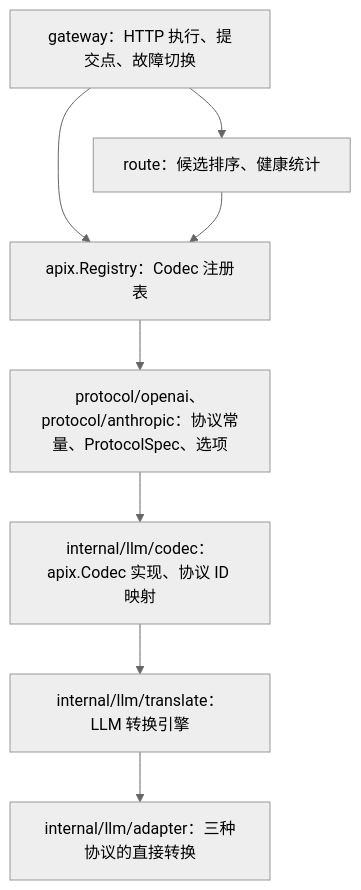
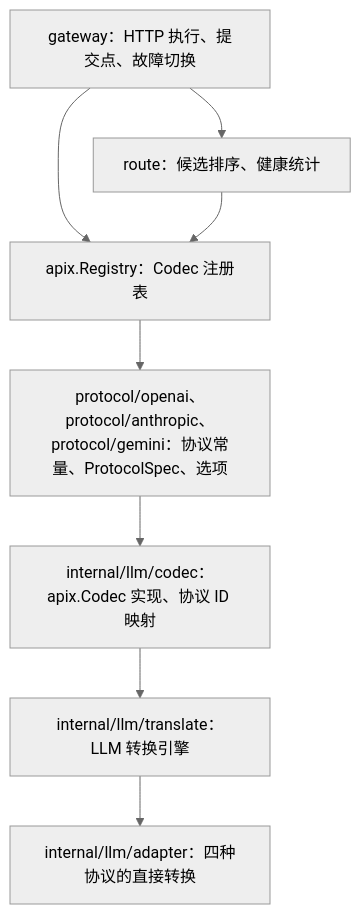
The diagram in docs/architecture.zh-CN.md (dillonzq/apix), drawn with Mermaid (neutral theme) before and after one commit. The commit also changed other lines of this file and 72 other files, not shown here.

````diff
--- a/docs/architecture.zh-CN.md
+++ b/docs/architecture.zh-CN.md
@@ -7,10 +7,10 @@
 ```mermaid
 flowchart TD
     GW[gateway：HTTP 执行、提交点、故障切换] --> RT[route：候选排序、健康统计]
     GW --> REG[apix.Registry：Codec 注册表]
     RT --> REG
-    REG --> VENDOR[protocol/openai、protocol/anthropic：协议常量、ProtocolSpec、选项]
+    REG --> VENDOR[protocol/openai、protocol/anthropic、protocol/gemini：协议常量、ProtocolSpec、选项]
     VENDOR --> CODEC[internal/llm/codec：apix.Codec 实现、协议 ID 映射]
     CODEC --> ENGINE[internal/llm/translate：LLM 转换引擎]
-    ENGINE --> ADAPTERS[internal/llm/adapter：三种协议的直接转换]
+    ENGINE --> ADAPTERS[internal/llm/adapter：四种协议的直接转换]
 ```
````
